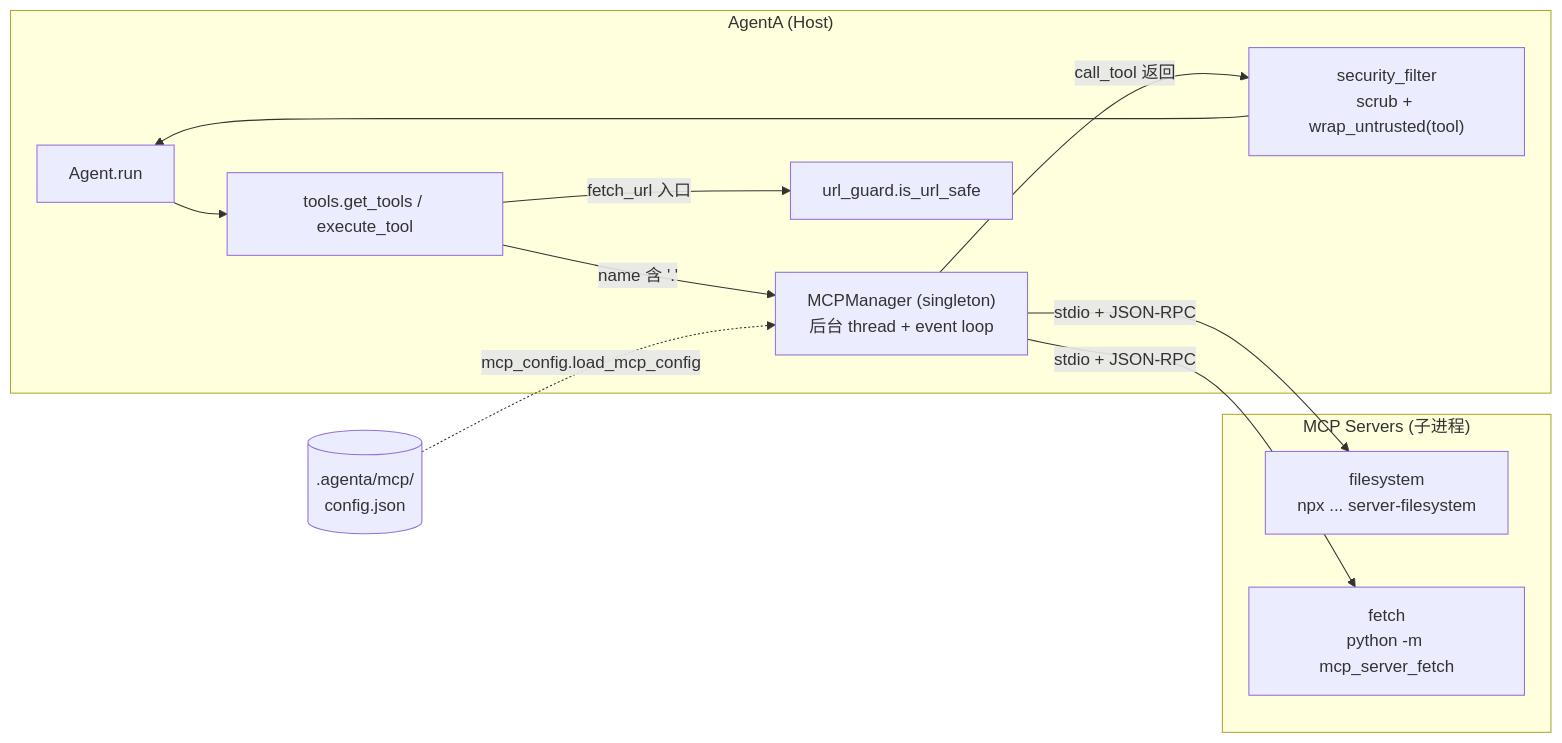
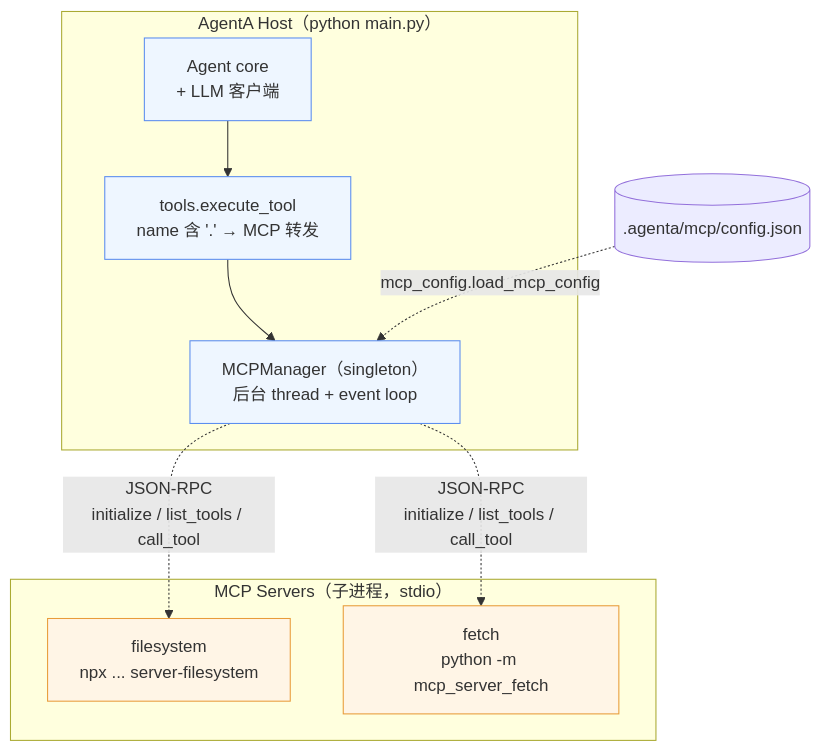
Before and after one commit to michaelwangzhenan/AgentA: diagram 24 of 28 in docs/design.md, drawn with Mermaid. The commit also changed other lines of this file and 4 other files, not shown here.

````diff
--- a/docs/design.md
+++ b/docs/design.md
@@ -1650,24 +1291,24 @@
 ```mermaid
-flowchart LR
-    subgraph HOST["AgentA (Host)"]
-        AGENT["Agent.run"]
-        TOOLS["tools.get_tools / execute_tool"]
-        MGR["MCPManager (singleton)<br/>后台 thread + event loop"]
-        UG["url_guard.is_url_safe"]
-        SF["security_filter<br/>scrub + wrap_untrusted(tool)"]
-        AGENT --> TOOLS
-        TOOLS -->|"name 含 '.'"| MGR
-        MGR -->|"call_tool 返回"| SF --> AGENT
-        TOOLS -->|"fetch_url 入口"| UG
+flowchart TB
+    subgraph HOST["AgentA Host（python main.py）"]
+        AGENT["Agent core<br/>+ LLM 客户端"]
+        TOOLS["tools.execute_tool<br/>name 含 '.' → MCP 转发"]
+        MGR["MCPManager（singleton）<br/>后台 thread + event loop"]
+        AGENT --> TOOLS --> MGR
     end
 
-    subgraph SERVERS["MCP Servers (子进程)"]
+    subgraph SERVERS["MCP Servers（子进程，stdio）"]
         FS["filesystem<br/>npx ... server-filesystem"]
         FETCH["fetch<br/>python -m mcp_server_fetch"]
     end
 
-    MGR -->|"stdio + JSON-RPC"| FS
-    MGR -->|"stdio + JSON-RPC"| FETCH
+    MGR -. "JSON-RPC<br/>initialize / list_tools / call_tool" .-> FS
+    MGR -. "JSON-RPC<br/>initialize / list_tools / call_tool" .-> FETCH
 
-    CONF[(".agenta/mcp/<br/>config.json")] -.->|"mcp_config.load_mcp_config"| MGR
+    CONF[(".agenta/mcp/config.json")] -. "mcp_config.load_mcp_config" .-> MGR
+
+    classDef host fill:#eef6ff,stroke:#5b8def
+    classDef server fill:#fff5e6,stroke:#e89c3a
+    class AGENT,TOOLS,MGR host
+    class FS,FETCH server
 ```
````
